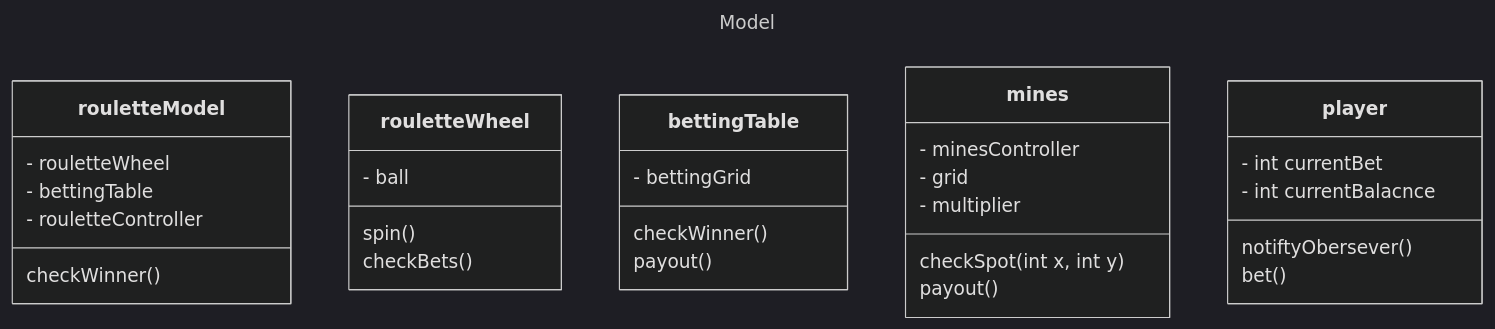
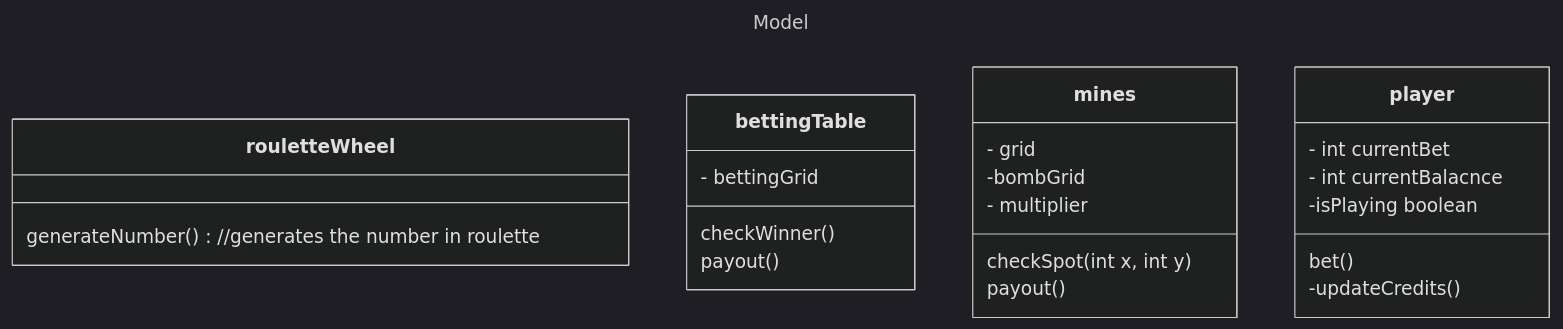
The third of 4 diagrams in DesignDocs.md (tnhi26990/casino_games), drawn with Mermaid (dark theme) before and after one commit. The commit also changed other lines of this file, not shown here.

````diff
--- a/DesignDocs.md
+++ b/DesignDocs.md
@@ -58,41 +37,30 @@
 ```mermaid
 ---
 title: Model
 ---
 classDiagram
-    class rouletteModel{
-        - rouletteWheel
-        - bettingTable
-        - rouletteController
-
-        checkWinner()
-
+    class rouletteWheel{
+        generateNumber() //generates the number in roulette
     }
-    class rouletteWheel{
-        - ball
-        spin()
-        checkBets()
-    }
-
     class bettingTable{
         - bettingGrid
         checkWinner()
         payout()
     }
 
     class mines{
-        - minesController
         - grid
+        -bombGrid
         - multiplier
         checkSpot(int x, int y)
         payout()
     }
 
     class player{
         - int currentBet
         - int currentBalacnce
-
-        notiftyObersever()
+        -isPlaying boolean
         bet()
+        -updateCredits()
     }
 ```
````
